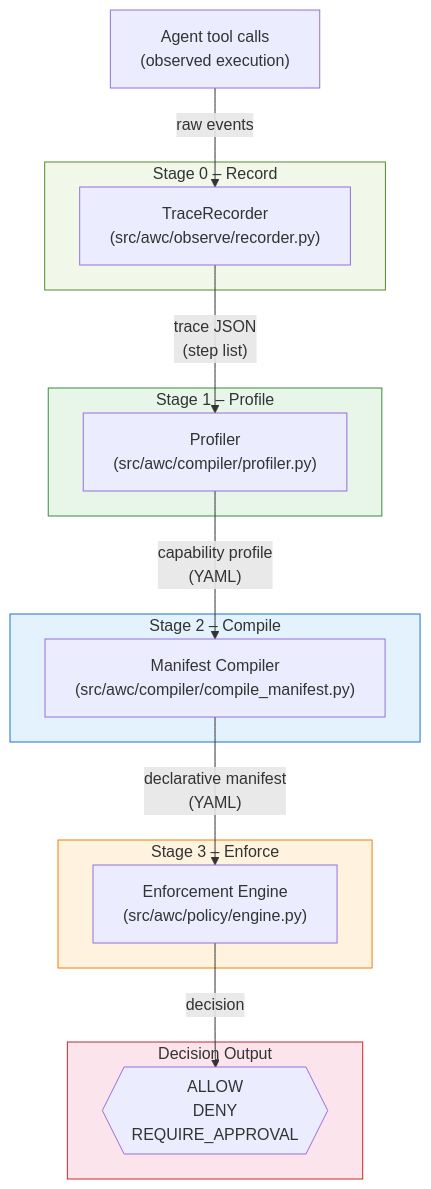
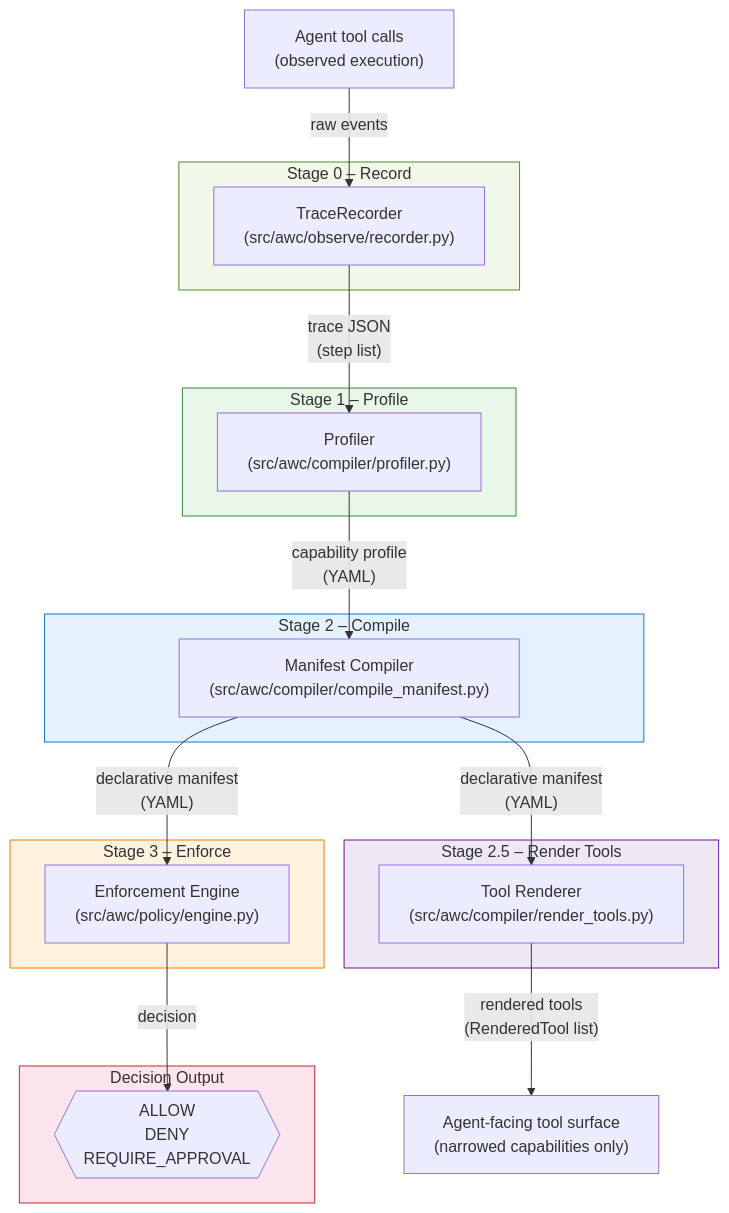
One commit to sv-pro/agent-world-compiler-poc changed the diagram in docs/architecture.md. Above: the diagram before and after it, drawn with Mermaid. The commit also changed other lines of this file and 5 other files, not shown here.

First line of the commit message:
Add rendered-tools projection layer (Stage 2.5)

````diff
--- a/docs/architecture.md
+++ b/docs/architecture.md
@@ -7,38 +7,47 @@
 ```mermaid
 flowchart TD
     A["Agent tool calls\n(observed execution)"] -->|"raw events"| B
 
     subgraph Observe["Stage 0 – Record"]
         B["TraceRecorder\n(src/awc/observe/recorder.py)"]
     end
 
     B -->|"trace JSON\n(step list)"| C
 
     subgraph Profile["Stage 1 – Profile"]
         C["Profiler\n(src/awc/compiler/profiler.py)"]
     end
 
     C -->|"capability profile\n(YAML)"| D
 
     subgraph Compile["Stage 2 – Compile"]
         D["Manifest Compiler\n(src/awc/compiler/compile_manifest.py)"]
     end
 
+    D -->|"declarative manifest\n(YAML)"| D2
+
+    subgraph Render["Stage 2.5 – Render Tools"]
+        D2["Tool Renderer\n(src/awc/compiler/render_tools.py)"]
+    end
+
     D -->|"declarative manifest\n(YAML)"| E
+    D2 -->|"rendered tools\n(RenderedTool list)"| E2
 
     subgraph Enforce["Stage 3 – Enforce"]
         E["Enforcement Engine\n(src/awc/policy/engine.py)"]
     end
 
     E -->|"decision"| F
+    E2["Agent-facing tool surface\n(narrowed capabilities only)"]
 
     subgraph Output["Decision Output"]
         F{{"ALLOW\nDENY\nREQUIRE_APPROVAL"}}
     end
 
     style Observe  fill:#f1f8e9,stroke:#558b2f
     style Profile  fill:#e8f5e9,stroke:#388e3c
     style Compile  fill:#e3f2fd,stroke:#1976d2
+    style Render   fill:#ede7f6,stroke:#6a1b9a
     style Enforce  fill:#fff3e0,stroke:#f57c00
     style Output   fill:#fce4ec,stroke:#c62828
 ```
````
